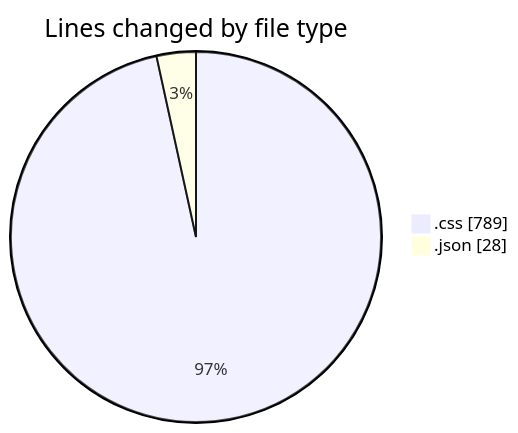
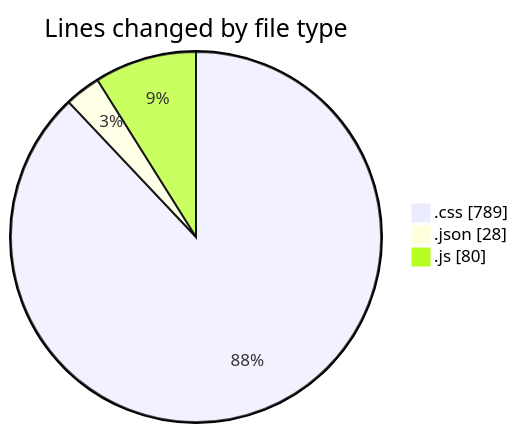
One commit to becaeroporto-bot/code-tracking changed the first of 2 diagrams in 2026-02-18/bot_v1_2/README.md. Above: the diagram before and after it, drawn with Mermaid. The commit also changed other lines of this file and 1 other file, not shown here.

````diff
--- a/2026-02-18/bot_v1_2/README.md
+++ b/2026-02-18/bot_v1_2/README.md
@@ -21,6 +22,7 @@
 ```mermaid
 pie showData
 title Lines changed by file type
 ".css" : 789
 ".json" : 28
+".js" : 80
 ```
````
